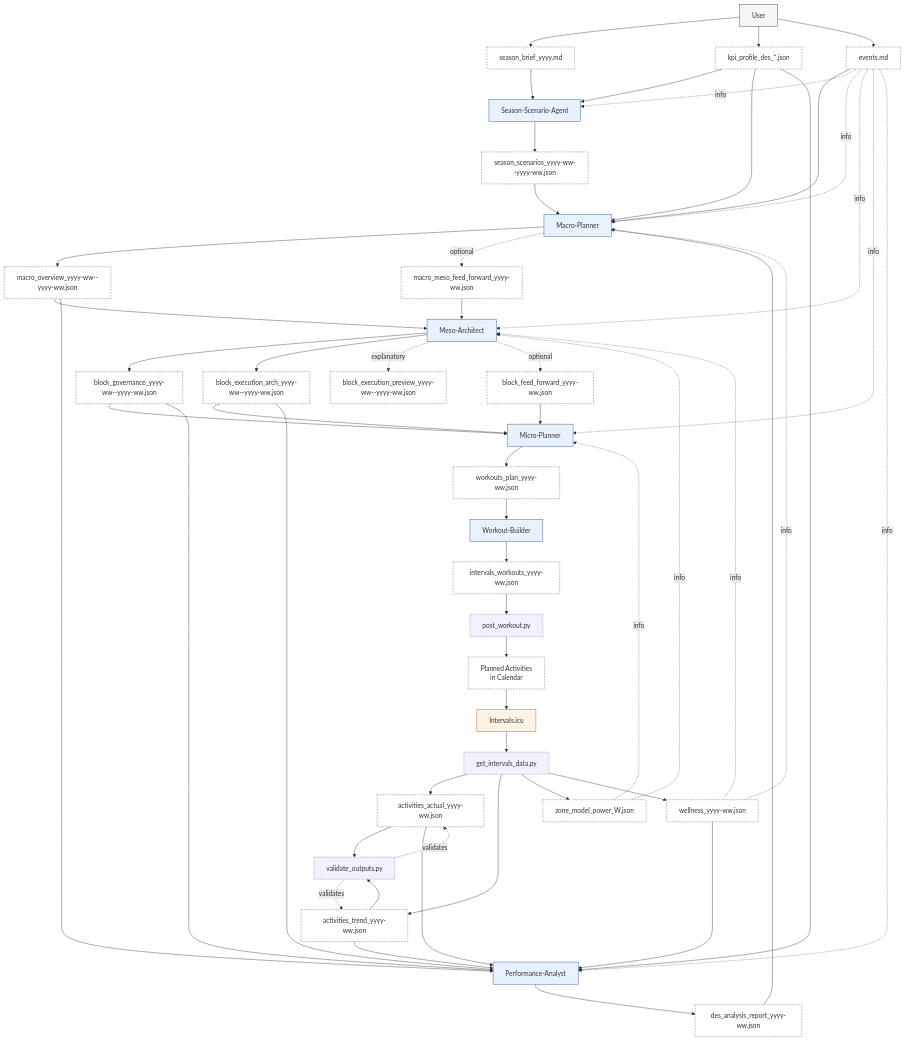
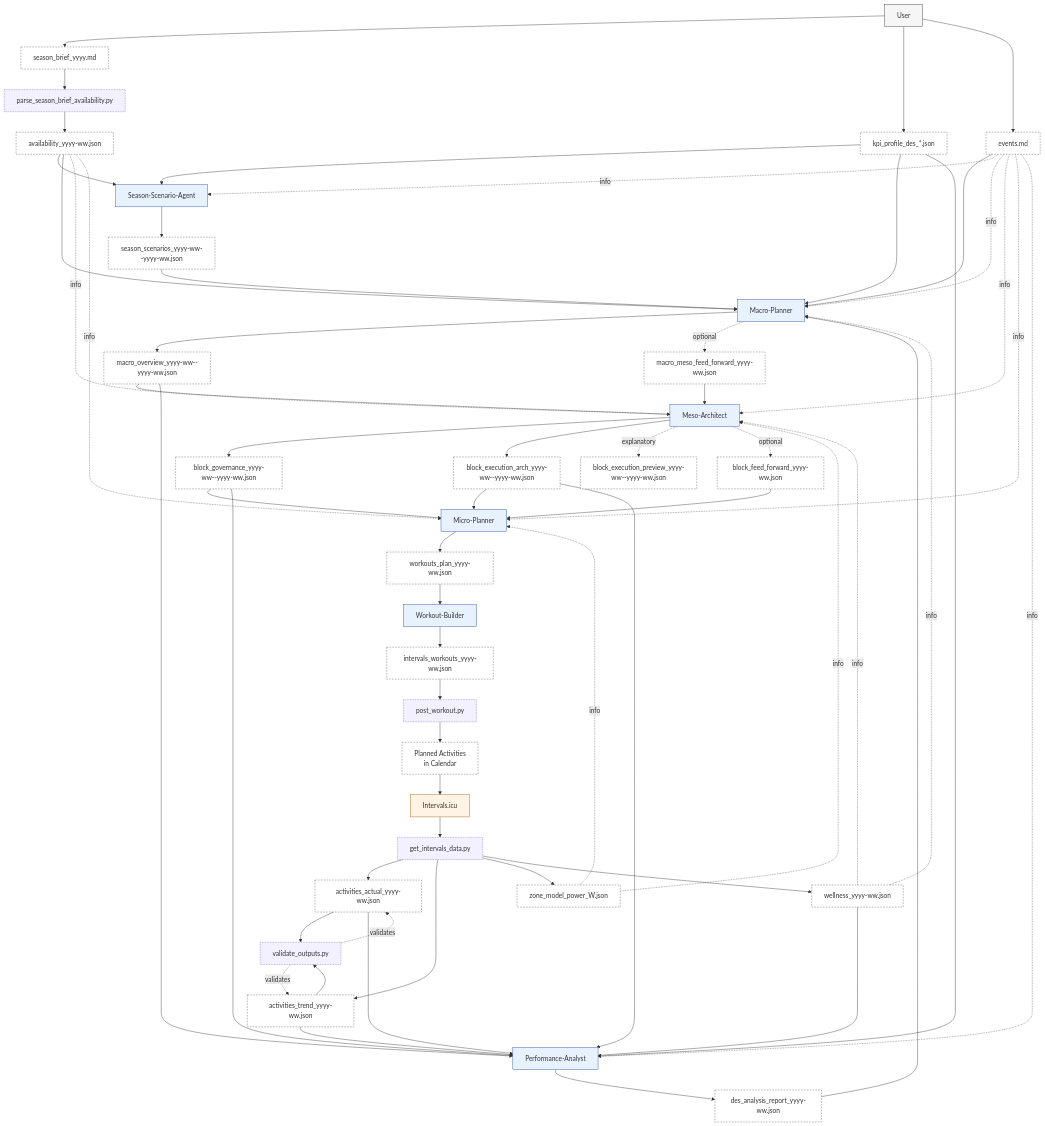
The first of 8 diagrams in doc/artefact_flow_overview_and_detail.md (albauer-priv/RPS), drawn with Mermaid before and after one commit. The commit also changed other lines of this file and 42 other files, not shown here.

Commit message:
Add availability artefact and update planning contracts

```diff
--- a/doc/artefact_flow_overview_and_detail.md
+++ b/doc/artefact_flow_overview_and_detail.md
@@ -21,6 +21,7 @@
   PA[Performance-Analyst]:::agent
   I[Intervals.icu]:::external
   EXP[get_intervals_data.py]:::script
+  AVP[parse_season_brief_availability.py]:::script
   VAL[validate_outputs.py]:::script
   POST[post_workout.py]:::script
 
@@ -28,6 +29,7 @@
   SB[season_brief_yyyy.md]:::artefact
   KP[kpi_profile_des_*.json]:::artefact
   EV[events.md]:::artefact
+  AV[availability_yyyy-ww.json]:::artefact
   SC[season_scenarios_yyyy-ww--yyyy-ww.json]:::artefact
   MO[macro_overview_yyyy-ww--yyyy-ww.json]:::artefact
   MMFF[macro_meso_feed_forward_yyyy-ww.json]:::artefact
@@ -45,13 +47,15 @@
   DR[des_analysis_report_yyyy-ww.json]:::artefact
 
   %% Planning chain
-  U --> SB --> SS
+  U --> SB --> AVP --> AV
+  AV --> SS
   U --> KP --> SS
   SS --> SC --> MA
   KP --> MA
   KP --> PA
   U --> EV --> MA
   EV -. info .-> SS
+  AV --> MA
 
   MA --> MO --> ME
   MA -. optional .-> MMFF --> ME
@@ -62,6 +66,8 @@
   ME -. optional .-> BFF --> MI
   ZM -. info .-> ME
   ZM -. info .-> MI
+  AV -. info .-> ME
+  AV -. info .-> MI
 
   MI --> WP --> WB
   WB --> WJ --> POST
```
